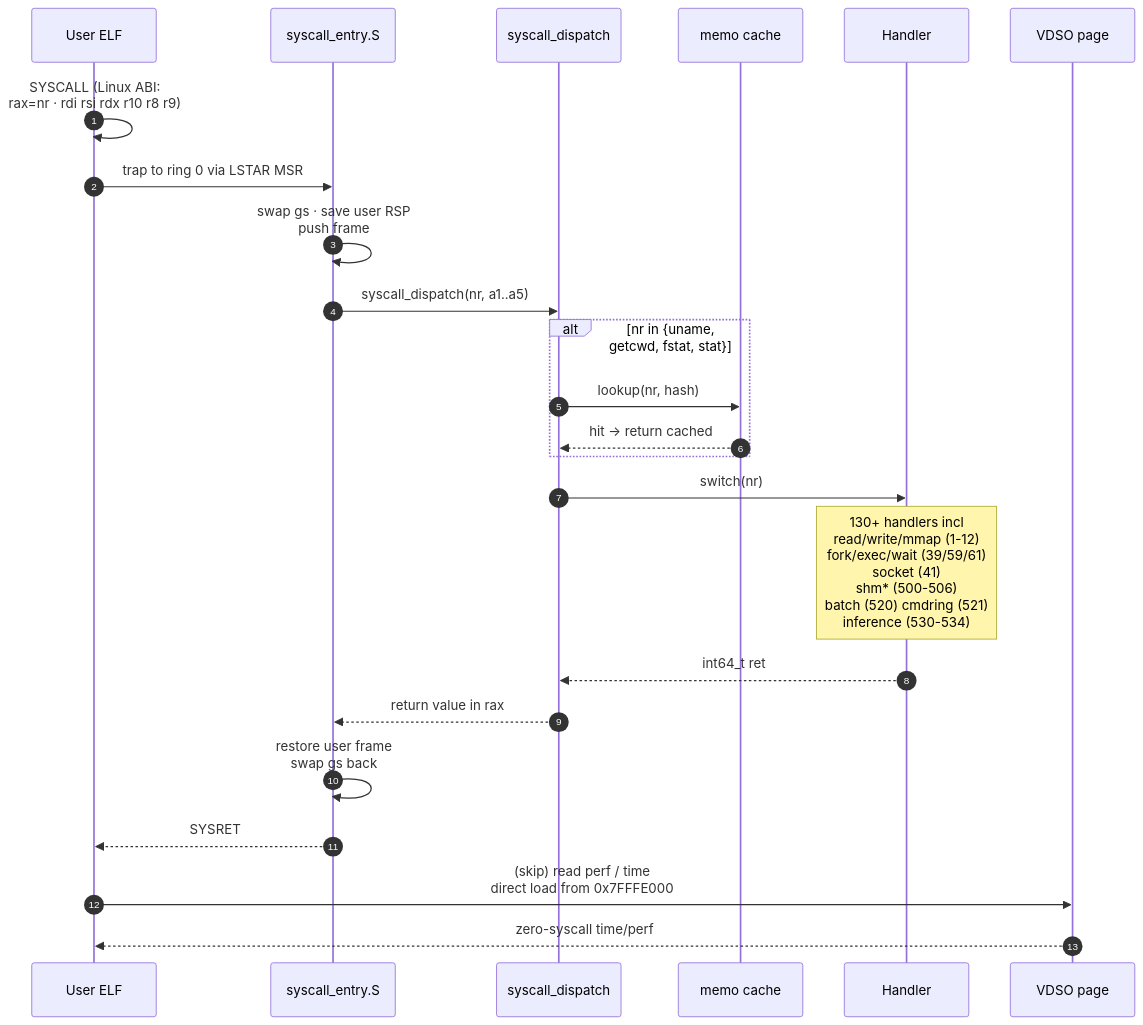
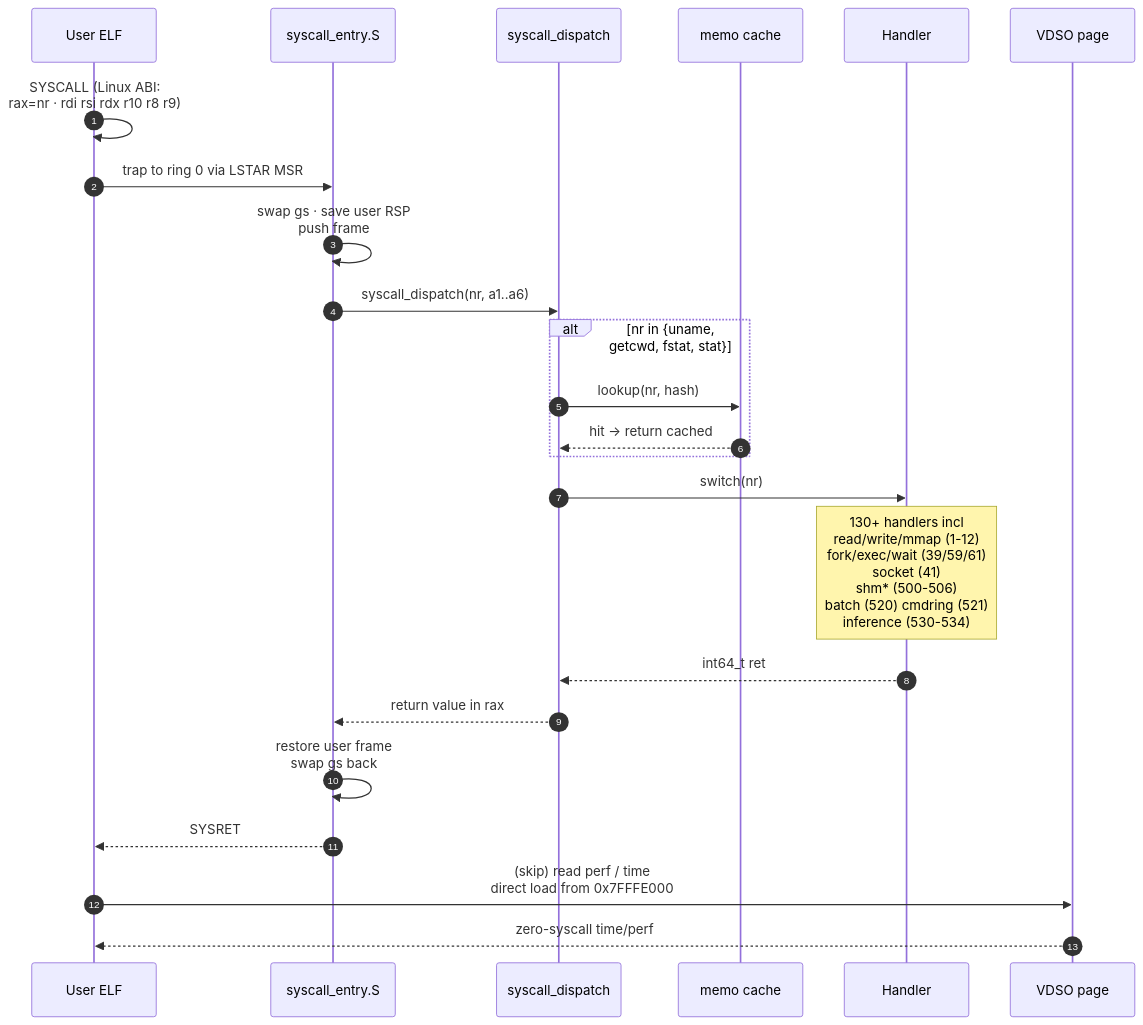
The third of 5 diagrams in docs/kernel-diagram.md (xaskasdf/osito-k), drawn with Mermaid before and after one commit. The commit also changed 273 other files, not shown here.

````diff
--- a/docs/kernel-diagram.md
+++ b/docs/kernel-diagram.md
@@ -161,27 +161,27 @@
 ```mermaid
 sequenceDiagram
     autonumber
     participant U as User ELF
     participant SE as syscall_entry.S
     participant SD as syscall_dispatch
     participant MEMO as memo cache
     participant H as Handler
     participant VDSO as VDSO page
 
     U->>U: SYSCALL (Linux ABI:<br/>rax=nr · rdi rsi rdx r10 r8 r9)
     U->>SE: trap to ring 0 via LSTAR MSR
     SE->>SE: swap gs · save user RSP<br/>push frame
-    SE->>SD: syscall_dispatch(nr, a1..a5)
+    SE->>SD: syscall_dispatch(nr, a1..a6)
     alt nr in {uname, getcwd, fstat, stat}
         SD->>MEMO: lookup(nr, hash)
         MEMO-->>SD: hit -> return cached
     end
     SD->>H: switch(nr)
     Note over H: 130+ handlers incl<br/>read/write/mmap (1-12)<br/>fork/exec/wait (39/59/61)<br/>socket (41)<br/>shm* (500-506)<br/>batch (520) cmdring (521)<br/>inference (530-534)
     H-->>SD: int64_t ret
     SD-->>SE: return value in rax
     SE->>SE: restore user frame<br/>swap gs back
     SE-->>U: SYSRET
     U->>VDSO: (skip) read perf / time<br/>direct load from 0x7FFFE000
     VDSO-->>U: zero-syscall time/perf
 ```
````
